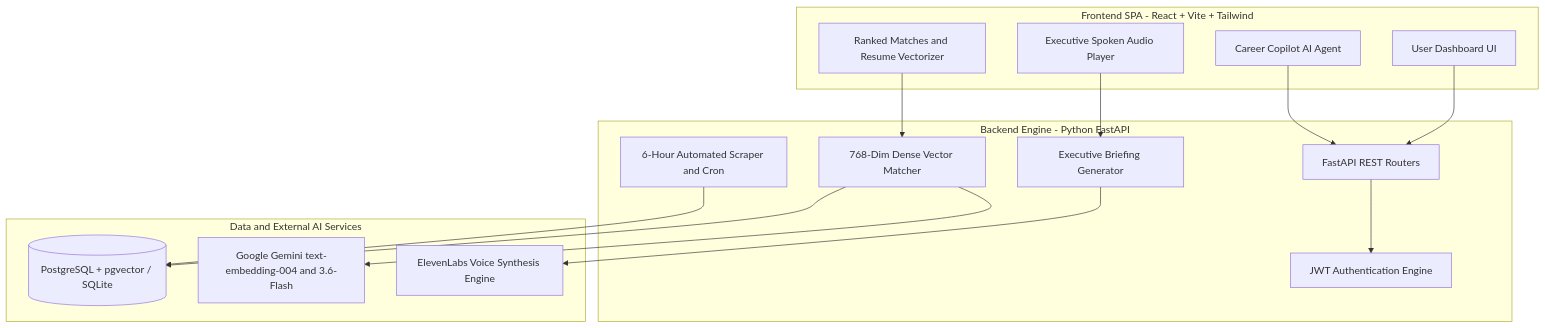
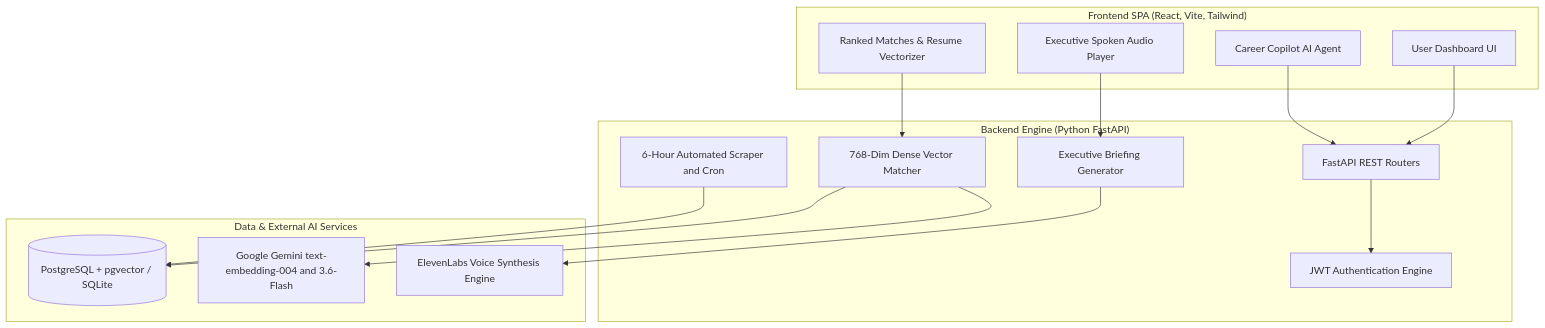
The first of 2 diagrams in README.md (sahaalmkjee-droid/ch25b079_sahaal_mk_guild_application-), drawn with Mermaid before and after one commit. The commit also changed other lines of this file, not shown here.

````diff
--- a/README.md
+++ b/README.md
@@ -11,33 +9,33 @@
 ```mermaid
 flowchart TD
-    subgraph Frontend ["Frontend SPA - React + Vite + Tailwind"]
+    subgraph Frontend ["Frontend SPA (React, Vite, Tailwind)"]
         UI["User Dashboard UI"]
-        RankPage["Ranked Matches and Resume Vectorizer"]
+        RankPage["Ranked Matches & Resume Vectorizer"]
         BriefingPage["Executive Spoken Audio Player"]
         ChatPage["Career Copilot AI Agent"]
     end
 
-    subgraph Backend ["Backend Engine - Python FastAPI"]
+    subgraph Backend ["Backend Engine (Python FastAPI)"]
         API["FastAPI REST Routers"]
         AuthMod["JWT Authentication Engine"]
         VectorEngine["768-Dim Dense Vector Matcher"]
         BriefingMod["Executive Briefing Generator"]
         SchedulerMod["6-Hour Automated Scraper and Cron"]
     end
 
-    subgraph DataAI ["Data and External AI Services"]
+    subgraph DataAI ["Data & External AI Services"]
         DB[("PostgreSQL + pgvector / SQLite")]
         Gemini["Google Gemini text-embedding-004 and 3.6-Flash"]
         ElevenLabs["ElevenLabs Voice Synthesis Engine"]
     end
 
     UI --> API
     RankPage --> VectorEngine
     BriefingPage --> BriefingMod
     ChatPage --> API
     API --> AuthMod
     VectorEngine --> Gemini
     VectorEngine --> DB
     BriefingMod --> ElevenLabs
     SchedulerMod --> DB
 ```
````
